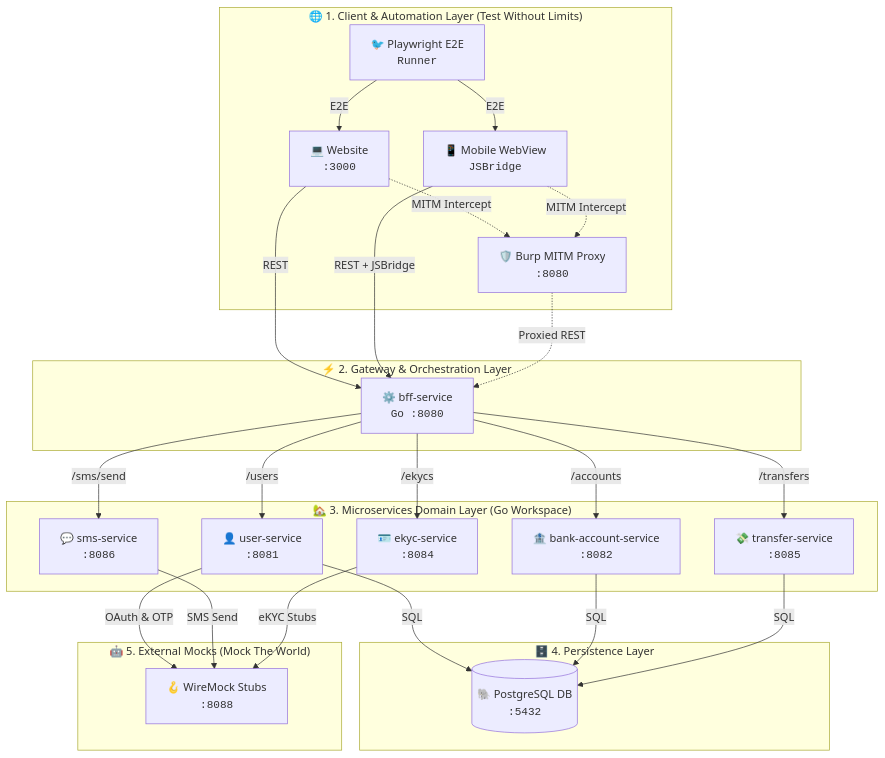
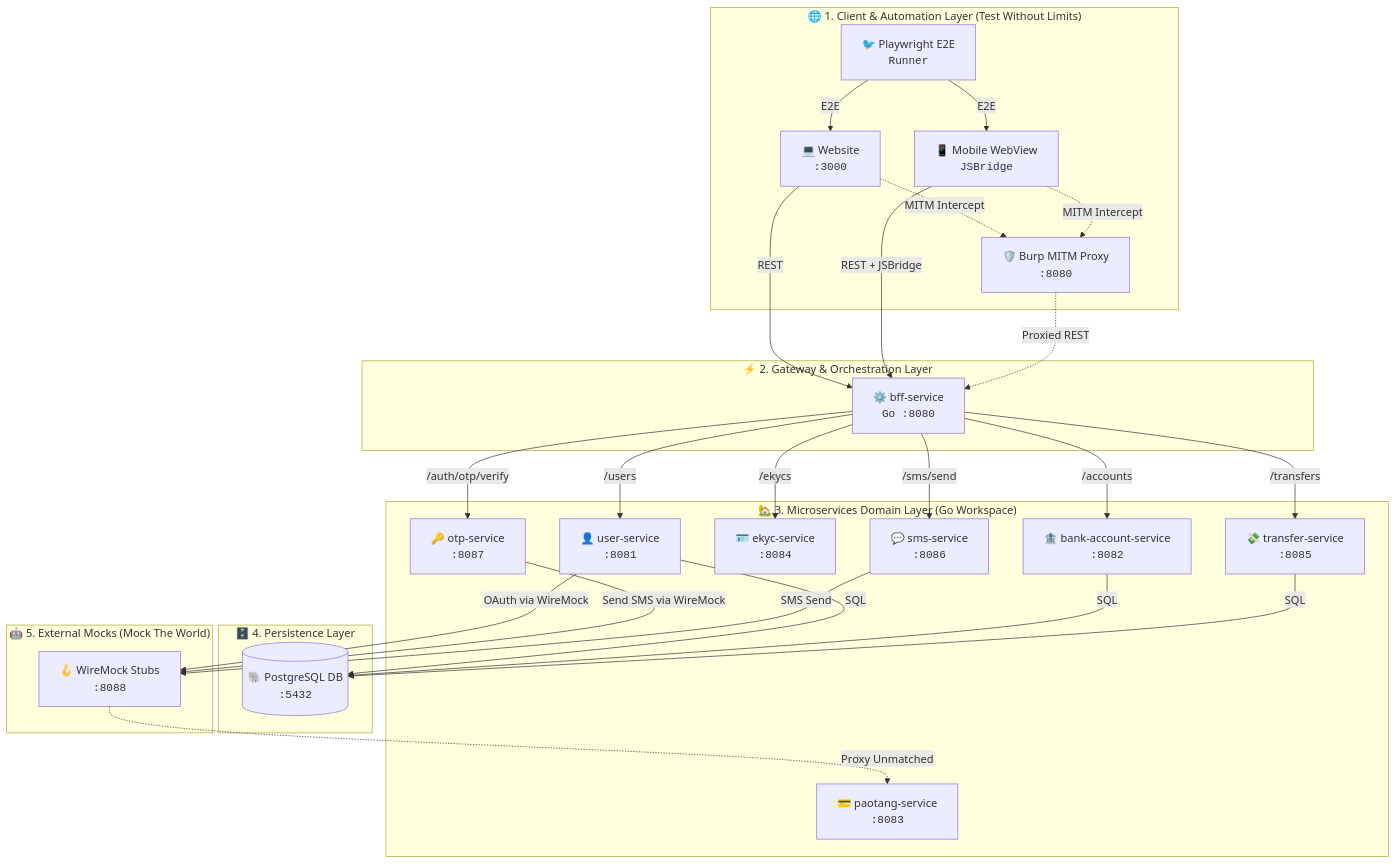
Before and after one commit to SiwakornSitti/ultra-smoooooth-testing: the first of 2 diagrams in slides/slides.md, drawn with Mermaid. The commit also changed 1 other file, not shown here.

Commit message:
docs: update 5-Tier architecture diagrams in README.md and slides to include paotang-service and otp-service

````diff
--- a/slides/slides.md
+++ b/slides/slides.md
@@ -92,51 +92,55 @@
 ```mermaid
 flowchart TD
     subgraph Clients["🌐 1. Client & Automation Layer (Test Without Limits)"]
         Website["💻 Website<br/><code>:3000</code>"]
         BridgeWebsite["📱 Mobile WebView<br/><code>JSBridge</code>"]
         Playwright["🐦 Playwright E2E<br/><code>Runner</code>"]
         Burp["🛡️ Burp MITM Proxy<br/><code>:8080</code>"]
     end
 
     subgraph API_Gateway["⚡ 2. Gateway & Orchestration Layer"]
         BFF["⚙️ bff-service<br/><code>Go :8080</code>"]
     end
 
     subgraph Core_Services["🏡 3. Microservices Domain Layer (Go Workspace)"]
         UserService["👤 user-service<br/><code>:8081</code>"]
         BankService["🏦 bank-account-service<br/><code>:8082</code>"]
+        PaotangService["💳 paotang-service<br/><code>:8083</code>"]
         EKYCService["🪪 ekyc-service<br/><code>:8084</code>"]
         TransferService["💸 transfer-service<br/><code>:8085</code>"]
         SMSService["💬 sms-service<br/><code>:8086</code>"]
+        OTPService["🔑 otp-service<br/><code>:8087</code>"]
     end
 
     subgraph Persistence["🗄️ 4. Persistence Layer"]
         DB[("🐘 PostgreSQL DB<br/><code>:5432</code>")]
     end
 
     subgraph External_Mocks["🤖 5. External Mocks (Mock The World)"]
         WireMock["🪝 WireMock Stubs<br/><code>:8088</code>"]
     end
 
     Website -->|REST| BFF
     BridgeWebsite -->|REST + JSBridge| BFF
     Playwright -->|E2E| Website
     Playwright -->|E2E| BridgeWebsite
     Website -.->|MITM Intercept| Burp
     BridgeWebsite -.->|MITM Intercept| Burp
     Burp -.->|Proxied REST| BFF
 
     BFF -->|/users| UserService
     BFF -->|/accounts| BankService
     BFF -->|/ekycs| EKYCService
     BFF -->|/transfers| TransferService
     BFF -->|/sms/send| SMSService
+    BFF -->|/auth/otp/verify| OTPService
 
     UserService -->|SQL| DB
     BankService -->|SQL| DB
     TransferService -->|SQL| DB
 
-    UserService -->|OAuth & OTP| WireMock
+    UserService -->|OAuth via WireMock| WireMock
+    OTPService -->|Send SMS via WireMock| WireMock
     SMSService -->|SMS Send| WireMock
-    EKYCService -->|eKYC Stubs| WireMock
+    WireMock -.->|Proxy Unmatched| PaotangService
 ```
````
